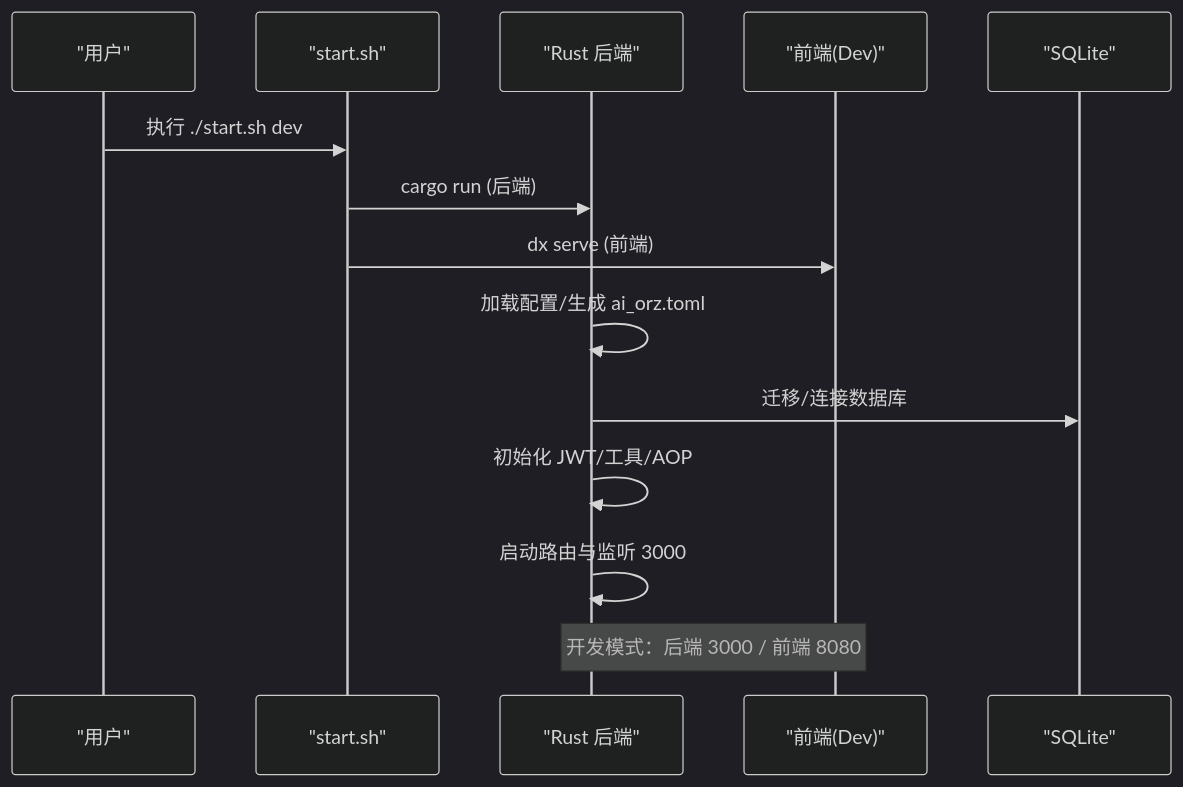
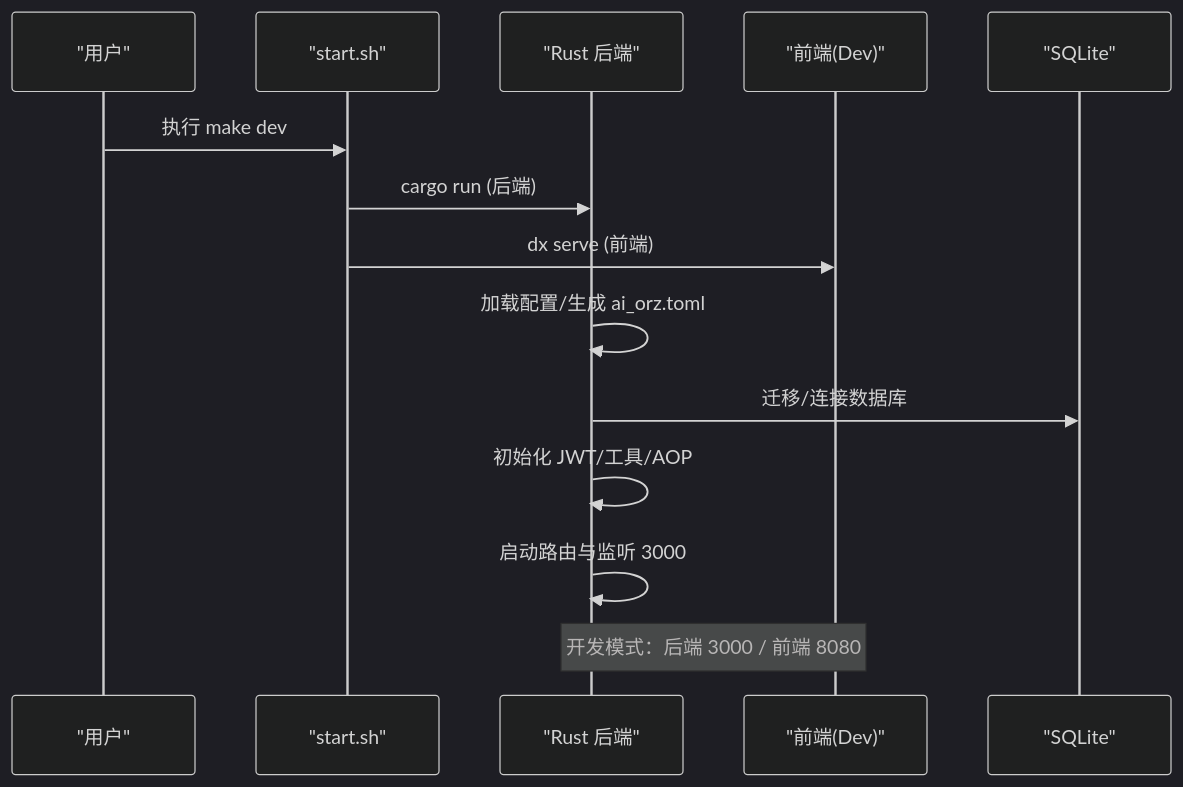
Before and after one commit to runningcoders/ai_orz: the second of 8 diagrams in docs/wiki/zh/content/项目概述/快速开始指南.md, drawn with Mermaid (dark theme). The commit also changed other lines of this file and 14 other files, not shown here.

````diff
--- a/docs/wiki/zh/content/项目概述/快速开始指南.md
+++ b/docs/wiki/zh/content/项目概述/快速开始指南.md
@@ -82,16 +82,16 @@
 ```mermaid
 sequenceDiagram
 participant U as "用户"
 participant S as "start.sh"
 participant R as "Rust 后端"
 participant C as "前端(Dev)"
 participant DB as "SQLite"
-U->>S : 执行 ./start.sh dev
+U->>S : 执行 make dev
 S->>R : cargo run (后端)
 S->>C : dx serve (前端)
 R->>R : 加载配置/生成 ai_orz.toml
 R->>DB : 迁移/连接数据库
 R->>R : 初始化 JWT/工具/AOP
 R->>R : 启动路由与监听 3000
 Note over R,C : 开发模式：后端 3000 / 前端 8080
 ```
````
